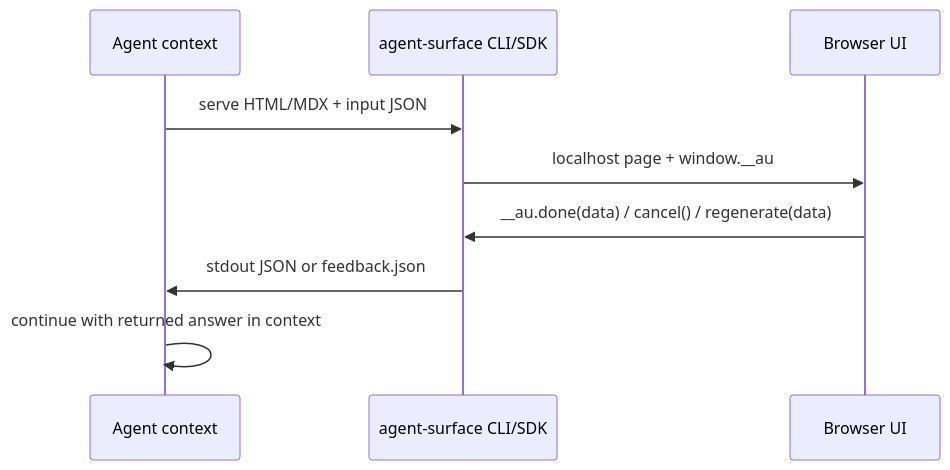
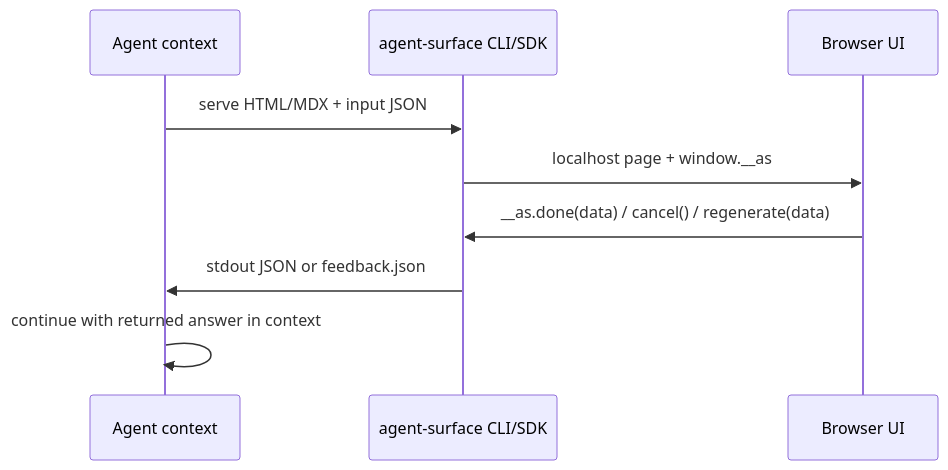
The first of 2 diagrams in README.md (vltansky/agent-surface), drawn with Mermaid before and after one commit. The commit also changed other lines of this file and 11 other files, not shown here.

````diff
--- a/README.md
+++ b/README.md
@@ -328,11 +328,11 @@
 ```mermaid
 sequenceDiagram
   participant A as Agent context
   participant C as agent-surface CLI/SDK
   participant B as Browser UI
   A->>C: serve HTML/MDX + input JSON
-  C->>B: localhost page + window.__au
-  B->>C: __au.done(data) / cancel() / regenerate(data)
+  C->>B: localhost page + window.__as
+  B->>C: __as.done(data) / cancel() / regenerate(data)
   C->>A: stdout JSON or feedback.json
   A->>A: continue with returned answer in context
 ```
````
